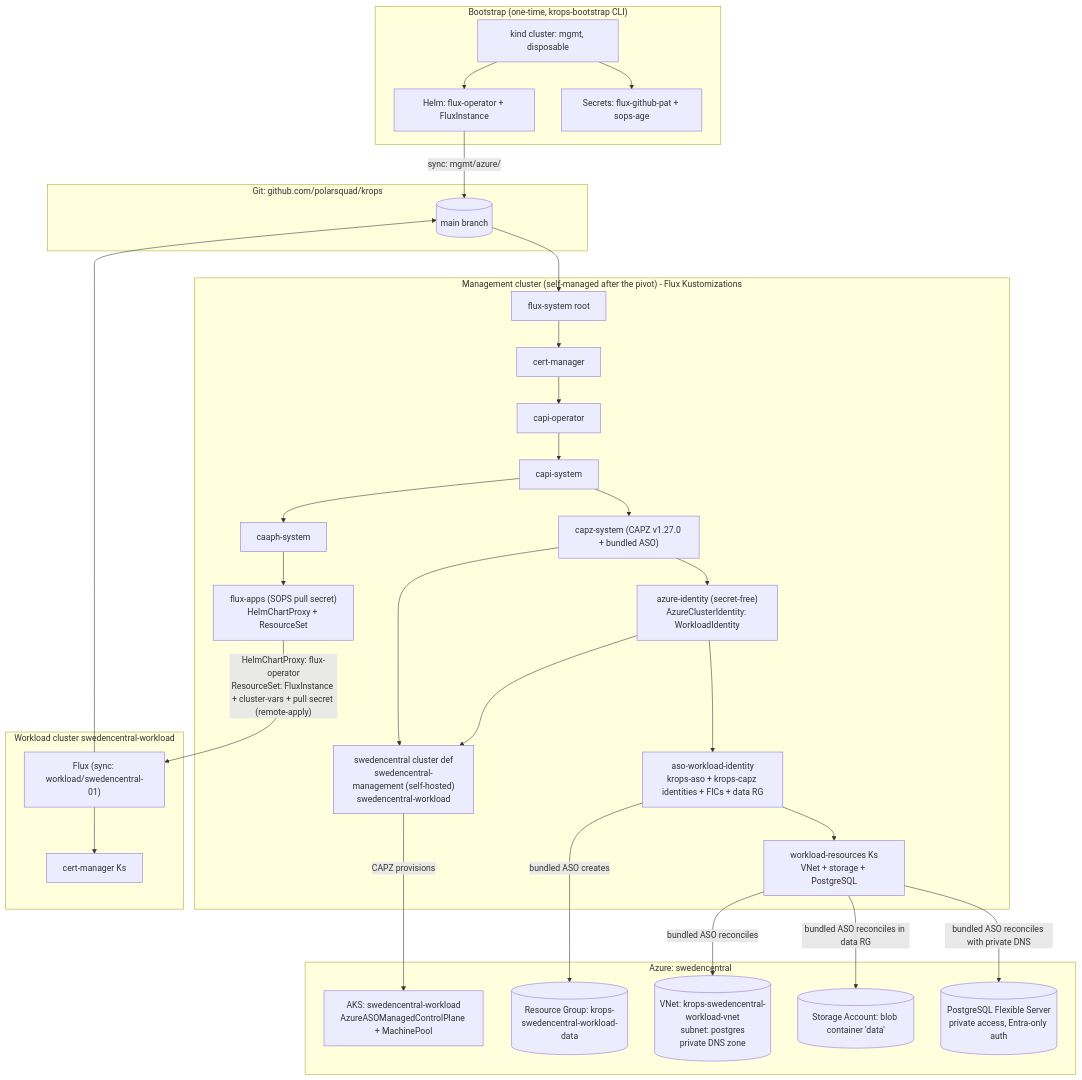
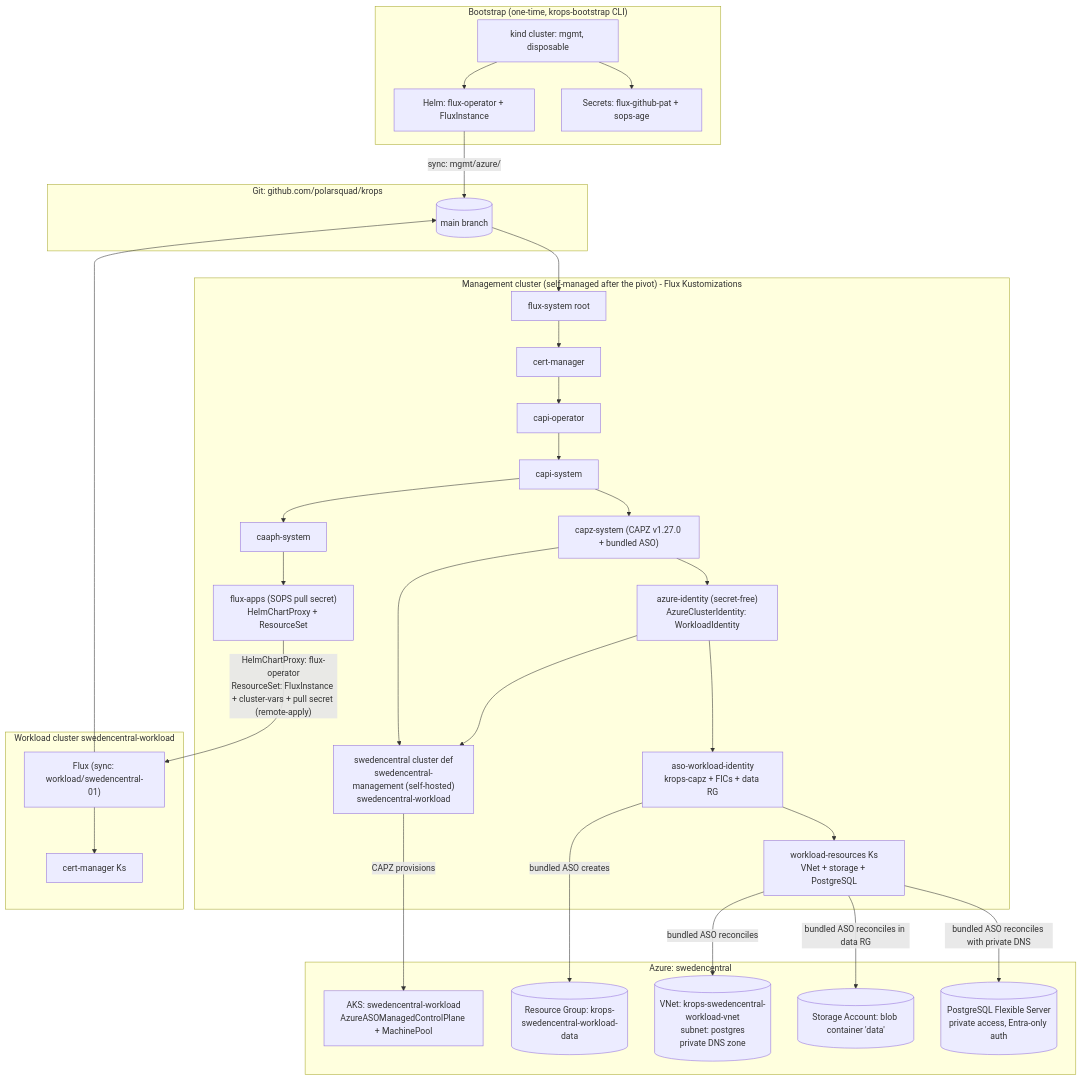
Before and after one commit to polarsquad/krops: the second of 5 diagrams in docs/architecture.md, drawn with Mermaid. The commit also changed 4 other files, not shown here.

First line of the commit message:
fix(azure): delete the grant-less krops-aso UAMI (review finding)

````diff
--- a/docs/architecture.md
+++ b/docs/architecture.md
@@ -228,63 +228,63 @@
 ```mermaid
 flowchart TD
     subgraph bootstrap["Bootstrap (one-time, krops-bootstrap CLI)"]
         KIND[kind cluster: mgmt, disposable]
         HELM[Helm: flux-operator + FluxInstance]
         SEC[Secrets: flux-github-pat + sops-age]
         KIND --> HELM
         KIND --> SEC
     end
 
     subgraph git["Git: github.com/polarsquad/krops"]
         REPO[(main branch)]
     end
 
     HELM -->|"sync: mgmt/azure/"| REPO
 
     subgraph mgmt["Management cluster (self-managed after the pivot) - Flux Kustomizations"]
         FS[flux-system root]
         CM[cert-manager]
         CO[capi-operator]
         CAPIS[capi-system]
         CAPZS["capz-system (CAPZ v1.27.0 + bundled ASO)"]
         CAAPH[caaph-system]
         AZID["azure-identity (secret-free)<br/>AzureClusterIdentity: WorkloadIdentity"]
-        ASOWI["aso-workload-identity<br/>krops-aso + krops-capz identities + FICs + data RG"]
+        ASOWI["aso-workload-identity<br/>krops-capz + FICs + data RG"]
         WLR["workload-resources Ks<br/>VNet + storage + PostgreSQL"]
         SWEDENC["swedencentral cluster def<br/>swedencentral-management (self-hosted)<br/>swedencentral-workload"]
         FA["flux-apps (SOPS pull secret)<br/>HelmChartProxy + ResourceSet"]
 
         FS --> CM --> CO --> CAPIS --> CAPZS
         CAPIS --> CAAPH --> FA
         CAPZS --> AZID --> ASOWI --> WLR
         CAPZS --> SWEDENC
         AZID --> SWEDENC
     end
 
     REPO --> FS
 
     subgraph azure["Azure: swedencentral"]
         AKS[AKS: swedencentral-workload<br/>AzureASOManagedControlPlane + MachinePool]
         RG[(Resource Group: krops-swedencentral-workload-data)]
         VNET[(VNet: krops-swedencentral-workload-vnet<br/>subnet: postgres<br/>private DNS zone)]
         SA[(Storage Account: blob container 'data')]
         PSQL[(PostgreSQL Flexible Server<br/>private access, Entra-only auth)]
     end
 
     SWEDENC -->|CAPZ provisions| AKS
     ASOWI -->|bundled ASO creates| RG
 
     FA -->|"HelmChartProxy: flux-operator<br/>ResourceSet: FluxInstance + cluster-vars + pull secret (remote-apply)"| WF
 
     subgraph wl["Workload cluster swedencentral-workload"]
         WF["Flux (sync: workload/swedencentral-01)"]
         WCM["cert-manager Ks"]
 
         WF --> WCM
     end
 
     WF --> REPO
     WLR -->|bundled ASO reconciles| VNET
     WLR -->|bundled ASO reconciles in data RG| SA
     WLR -->|bundled ASO reconciles with private DNS| PSQL
 ```
````
